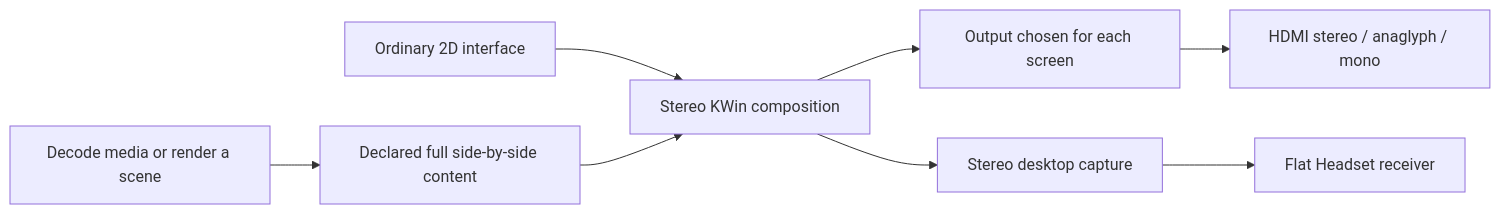
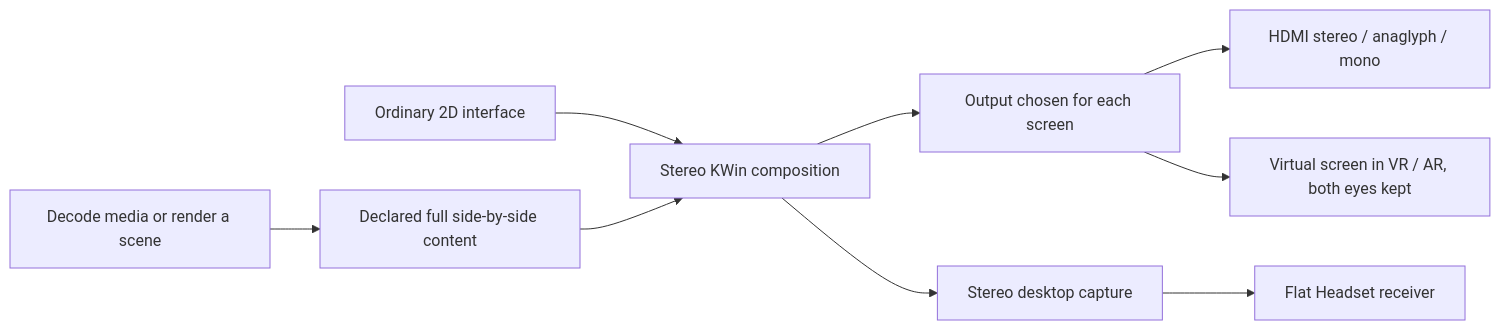
One commit to Sparky-OS/sparky-stereo-os changed the diagram in docs/architectural-synthesis.md. Above: the diagram before and after it, drawn with Mermaid. The commit also changed other lines of this file, not shown here.

Commit message:
Architecture at a glance: virtual screens in VR and AR as an output
A virtual screen inside a VR or AR experience is one more output, and
stereo content on it keeps its two views; the glance table and the
output flowchart now name it, as the depth planes already do.

````diff
--- a/docs/architectural-synthesis.md
+++ b/docs/architectural-synthesis.md
@@ -49,10 +50,11 @@
 ```mermaid
 flowchart LR
     A["Decode media or render a scene"] --> B["Declared full side-by-side content"]
     U["Ordinary 2D interface"] --> C["Stereo KWin composition"]
     B --> C
     C --> D["Output chosen for each screen"]
     D --> E["HDMI stereo / anaglyph / mono"]
+    D --> V["Virtual screen in VR / AR, both eyes kept"]
     C --> F["Stereo desktop capture"]
     F --> G["Flat Headset receiver"]
 ```
````
